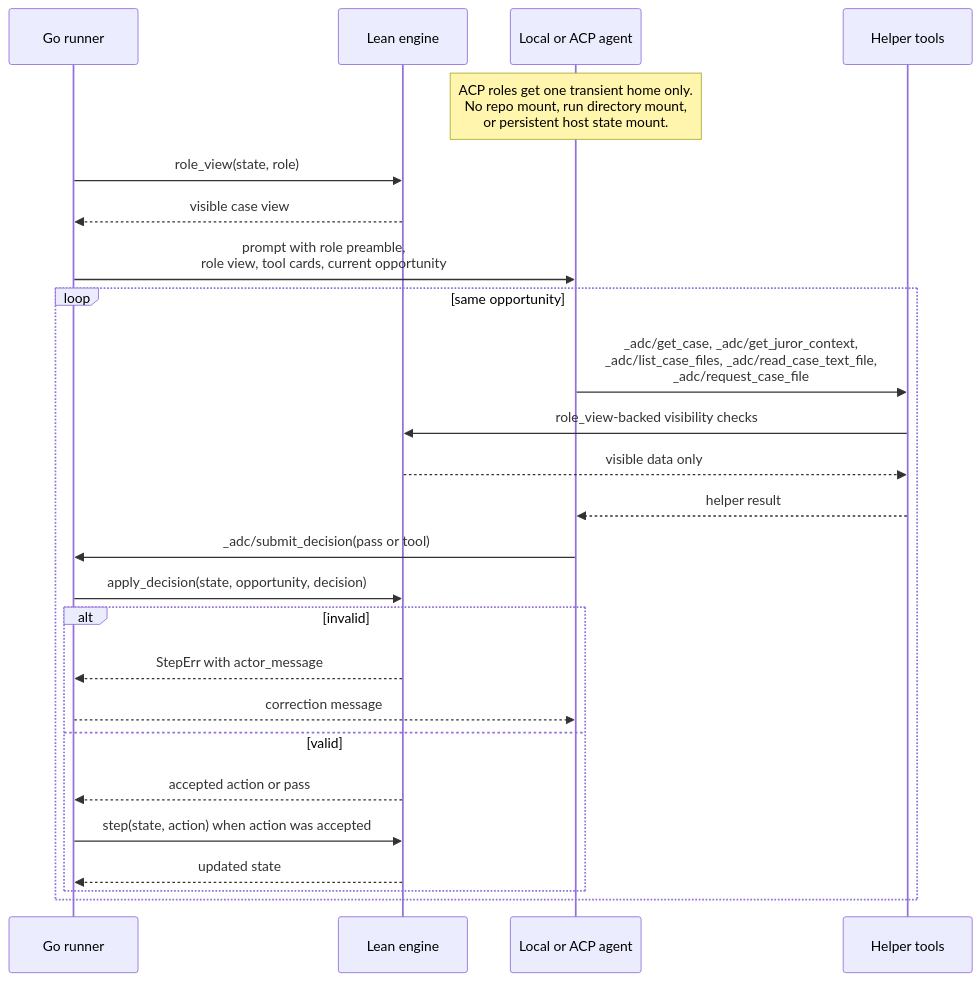
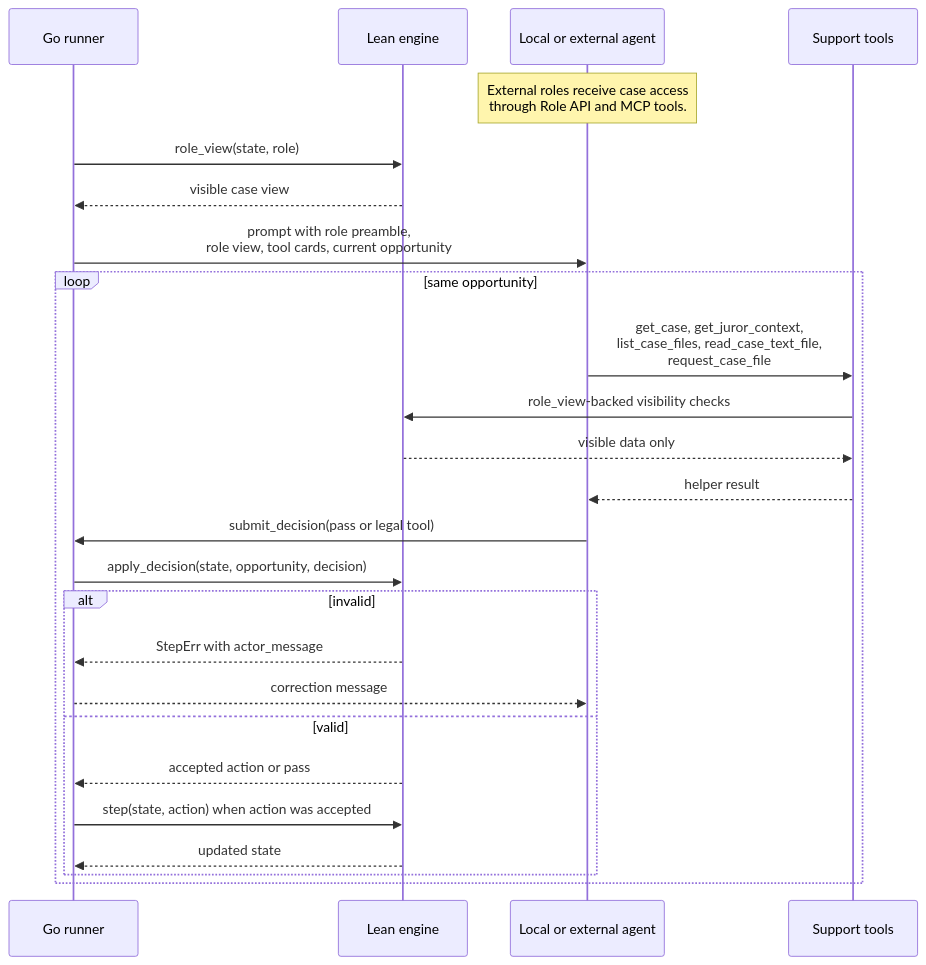
One commit to agentcourt/adjudication changed the diagram in adc/analysis/role-view-enforcement.mmd. Above: the diagram before and after it, drawn with Mermaid. The commit also changed 69 other files, not shown here.

Commit message:
Add ADC service and local agent run

```diff
--- a/adc/analysis/role-view-enforcement.mmd
+++ b/adc/analysis/role-view-enforcement.mmd
@@ -1,29 +1,29 @@
 sequenceDiagram
     participant R as Go runner
     participant L as Lean engine
-    participant A as Local or ACP agent
-    participant H as Helper tools
+    participant A as Local or external agent
+    participant H as Support tools
 
-    Note over A: ACP roles get one transient home only.<br/>No repo mount, run directory mount,<br/>or persistent host state mount.
+    Note over A: External roles receive case access<br/>through Role API and MCP tools.
 
     R->>L: role_view(state, role)
     L-->>R: visible case view
     R->>A: prompt with role preamble,<br/>role view, tool cards, current opportunity
 
     loop same opportunity
-        A->>H: _adc/get_case, _adc/get_juror_context,<br/>_adc/list_case_files, _adc/read_case_text_file,<br/>_adc/request_case_file
+        A->>H: get_case, get_juror_context,<br/>list_case_files, read_case_text_file,<br/>request_case_file
         H->>L: role_view-backed visibility checks
         L-->>H: visible data only
         H-->>A: helper result
 
-        A->>R: _adc/submit_decision(pass or tool)
+        A->>R: submit_decision(pass or legal tool)
         R->>L: apply_decision(state, opportunity, decision)
         alt invalid
             L-->>R: StepErr with actor_message
             R-->>A: correction message
         else valid
             L-->>R: accepted action or pass
             R->>L: step(state, action) when action was accepted
             L-->>R: updated state
         end
     end
```
